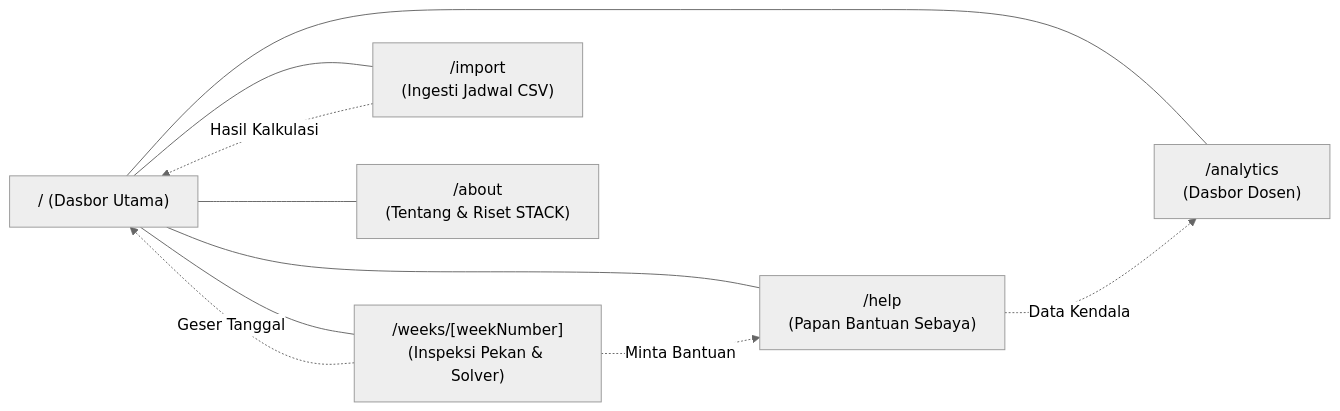
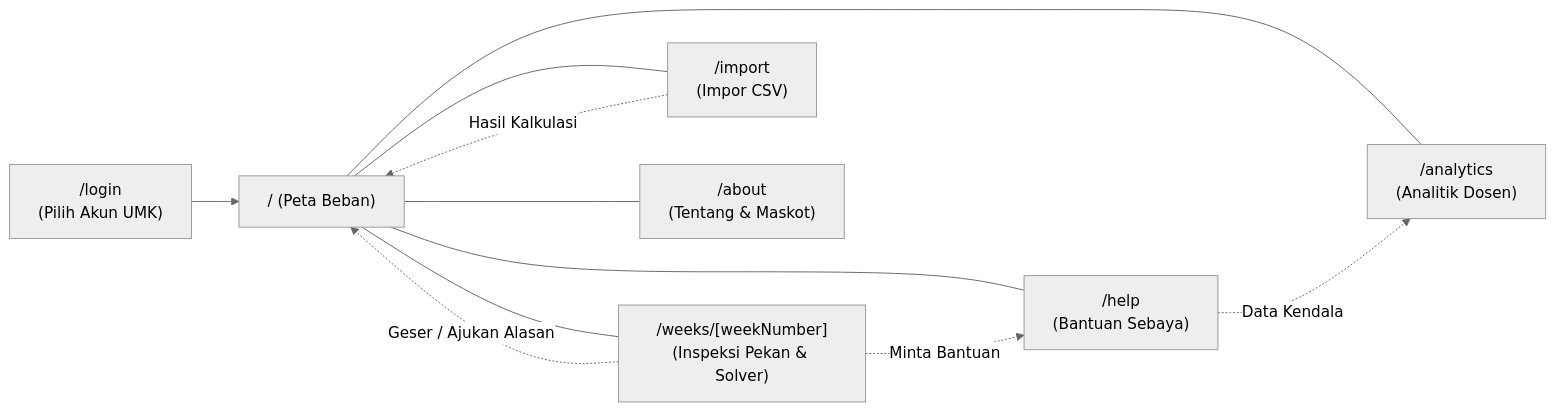
One commit to FayruzAldi/CollisionWeek changed the tenth of 10 diagrams in PROJECT_FLOW.md. Above: the diagram before and after it, drawn with Mermaid (neutral theme). The commit also changed other lines of this file and 125 other files, not shown here.

````diff
--- a/PROJECT_FLOW.md
+++ b/PROJECT_FLOW.md
@@ -324,14 +325,14 @@
 ```mermaid
 flowchart LR
-    Root["/ (Dasbor Utama)"]
+    Login["/login\n(Pilih Akun UMK)"] --> Root["/ (Peta Beban)"]
     Root --- Weeks["/weeks/[weekNumber]\n(Inspeksi Pekan & Solver)"]
-    Root --- Help["/help\n(Papan Bantuan Sebaya)"]
-    Root --- Analytics["/analytics\n(Dasbor Dosen)"]
-    Root --- Import["/import\n(Ingesti Jadwal CSV)"]
-    Root --- About["/about\n(Tentang & Riset STACK)"]
+    Root --- Help["/help\n(Bantuan Sebaya)"]
+    Root --- Analytics["/analytics\n(Analitik Dosen)"]
+    Root --- Import["/import\n(Impor CSV)"]
+    Root --- About["/about\n(Tentang & Maskot)"]
 
-    Weeks -. Geser Tanggal .-> Root
+    Weeks -. Geser / Ajukan Alasan .-> Root
     Weeks -. Minta Bantuan .-> Help
     Help -. Data Kendala .-> Analytics
     Import -. Hasil Kalkulasi .-> Root
 ```
````
